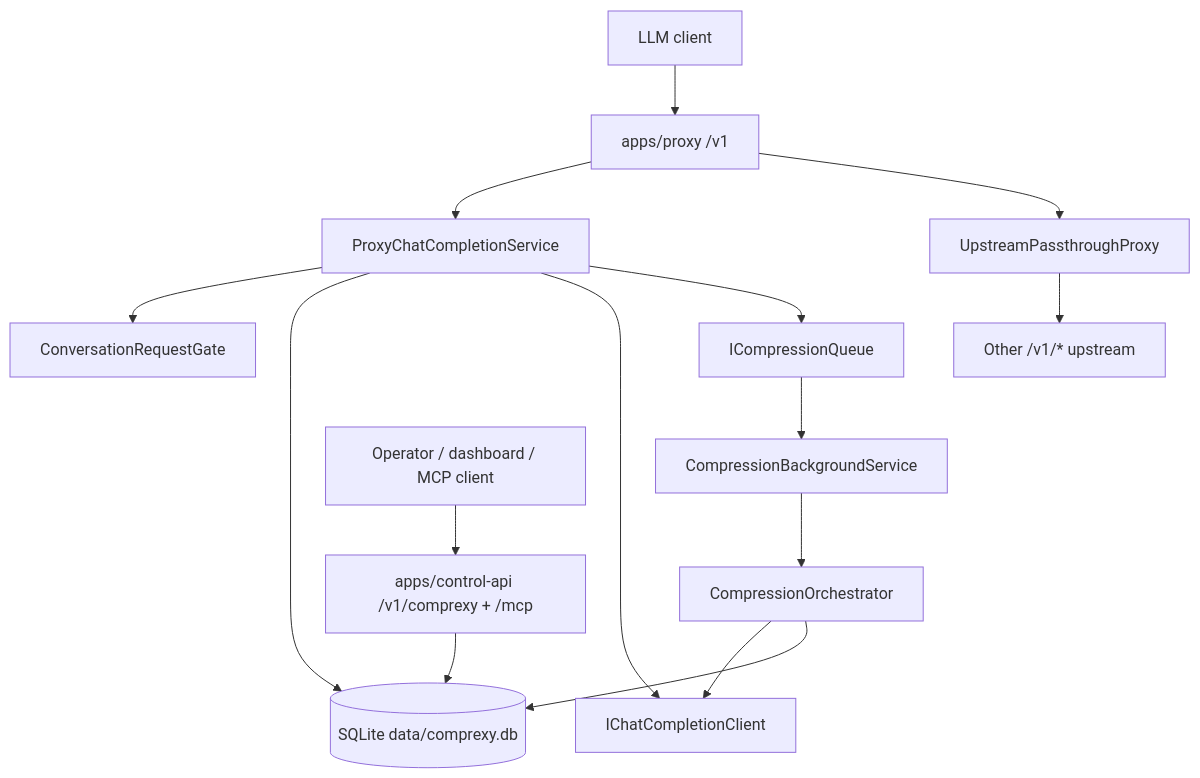
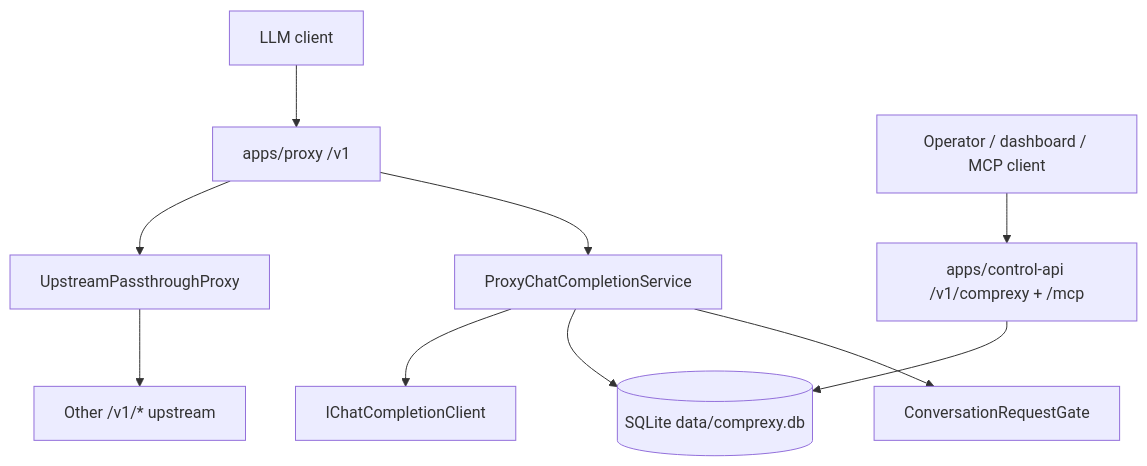
The diagram in docs/ARCHITECTURE.md (norielmallari/comprexy), drawn with Mermaid before and after one commit. The commit also changed other lines of this file and 49 other files, not shown here.

````diff
--- a/docs/ARCHITECTURE.md
+++ b/docs/ARCHITECTURE.md
@@ -39,17 +39,12 @@
 ```mermaid
 flowchart TB
   Client[LLM client] --> Api["apps/proxy /v1"]
   Api --> Proxy[ProxyChatCompletionService]
   Proxy --> Gate[ConversationRequestGate]
   Proxy --> DB[(SQLite data/comprexy.db)]
   Proxy --> Upstream[IChatCompletionClient]
-  Proxy --> Queue[ICompressionQueue]
-  Queue --> Worker[CompressionBackgroundService]
-  Worker --> Orch[CompressionOrchestrator]
-  Orch --> Upstream
-  Orch --> DB
   Api --> Pass[UpstreamPassthroughProxy]
   Pass --> Provider[Other /v1/* upstream]
   Ops[Operator / dashboard / MCP client] --> Control["apps/control-api /v1/comprexy + /mcp"]
   Control --> DB
 ```
````
